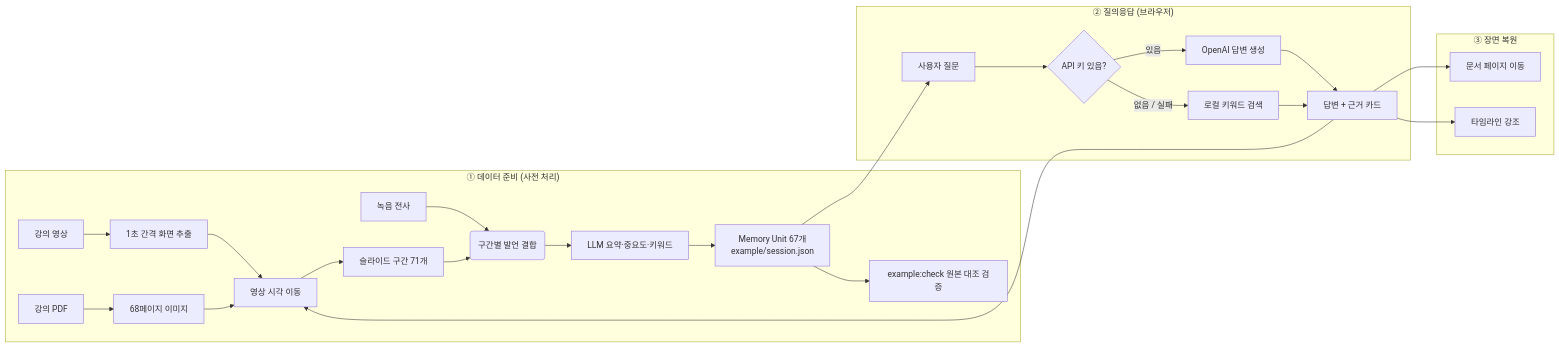
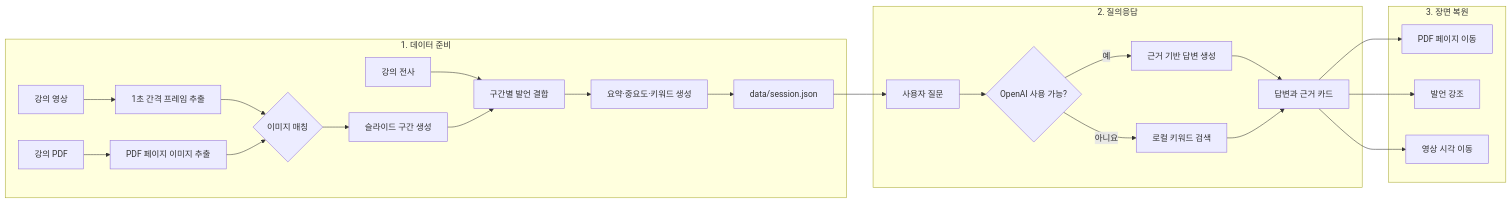
Before and after one commit to nxtcloud-edu/2026-khuniv-NIC-team08: the diagram in README.md, drawn with Mermaid. The commit also changed other lines of this file and 222 other files, not shown here.

````diff
--- a/README.md
+++ b/README.md
@@ -172,31 +155,30 @@
 ```mermaid
 flowchart LR
-    subgraph P1["① 데이터 준비 (사전 처리)"]
-        A3[강의 영상] --> F[1초 간격 화면 추출]
-        A1[강의 PDF] --> X[68페이지 이미지]
-        F --> M{{이미지 매칭}}
-        X --> M
-        M --> S[슬라이드 구간 71개]
-        A2[녹음 전사] --> J(구간별 발언 결합)
-        S --> J
-        J --> G1[LLM 요약·중요도·키워드]
-        G1 --> B["Memory Unit 67개<br/>example/session.json"]
-        B --> C[example:check 원본 대조 검증]
+    subgraph PREP["1. 데이터 준비"]
+        VIDEO[강의 영상] --> FRAME[1초 간격 프레임 추출]
+        PDF[강의 PDF] --> PAGE[PDF 페이지 이미지 추출]
+        FRAME --> MATCH{이미지 매칭}
+        PAGE --> MATCH
+        MATCH --> SEGMENT[슬라이드 구간 생성]
+        TRANSCRIPT[강의 전사] --> MERGE[구간별 발언 결합]
+        SEGMENT --> MERGE
+        MERGE --> SUMMARY[요약·중요도·키워드 생성]
+        SUMMARY --> SESSION["data/session.json"]
     end
 
-    subgraph P2["② 질의응답 (브라우저)"]
-        Q[사용자 질문] --> R{"API 키 있음?"}
-        R -- "있음" --> G[OpenAI 답변 생성]
-        R -- "없음 / 실패" --> L[로컬 키워드 검색]
-        G --> E[답변 + 근거 카드]
-        L --> E
+    subgraph SEARCH["2. 질의응답"]
+        QUESTION[사용자 질문] --> ROUTE{OpenAI 사용 가능?}
+        ROUTE -- 예 --> OPENAI[근거 기반 답변 생성]
+        ROUTE -- 아니요 --> LOCAL[로컬 키워드 검색]
+        OPENAI --> EVIDENCE[답변과 근거 카드]
+        LOCAL --> EVIDENCE
     end
 
-    subgraph P3["③ 장면 복원"]
-        E --> V[문서 페이지 이동]
-        E --> T[타임라인 강조]
-        E --> M[영상 시각 이동]
+    subgraph RESTORE["3. 장면 복원"]
+        EVIDENCE --> DOC[PDF 페이지 이동]
+        EVIDENCE --> TIMELINE[발언 강조]
+        EVIDENCE --> PLAYER[영상 시각 이동]
     end
 
-    B --> Q
+    SESSION --> QUESTION
 ```
````
